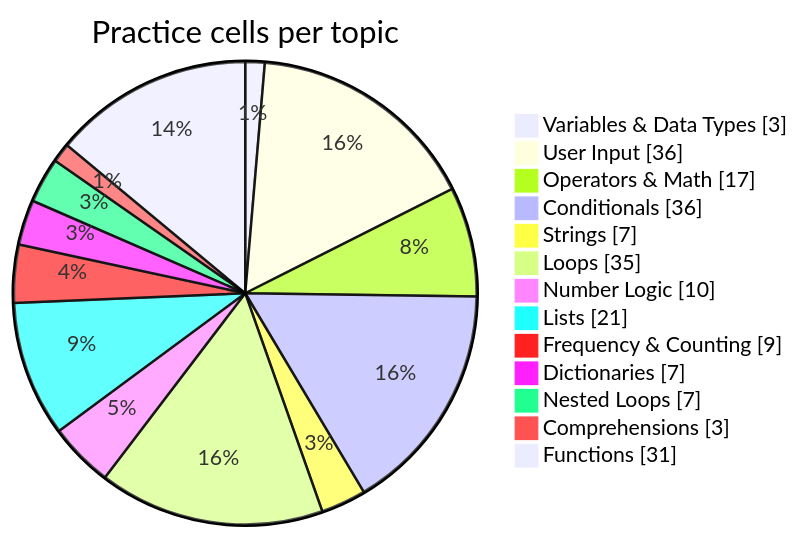
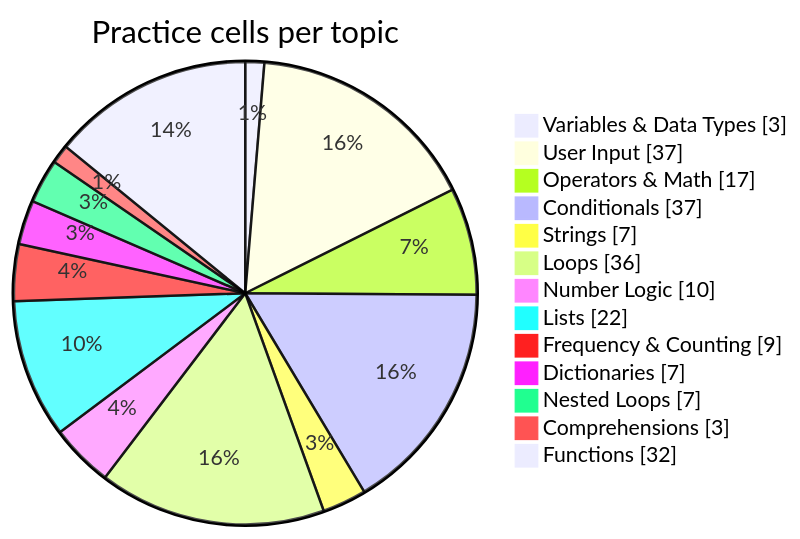
The diagram in README.md (Phantom2101/Python-Daily-Practice), drawn with Mermaid before and after one commit. The commit also changed other lines of this file, not shown here.

````diff
--- a/README.md
+++ b/README.md
@@ -60,16 +60,16 @@
 ```mermaid
 pie showData title Practice cells per topic
     "Variables & Data Types" : 3
-    "User Input" : 36
+    "User Input" : 37
     "Operators & Math" : 17
-    "Conditionals" : 36
+    "Conditionals" : 37
     "Strings" : 7
-    "Loops" : 35
+    "Loops" : 36
     "Number Logic" : 10
-    "Lists" : 21
+    "Lists" : 22
     "Frequency & Counting" : 9
     "Dictionaries" : 7
     "Nested Loops" : 7
     "Comprehensions" : 3
-    "Functions" : 31
+    "Functions" : 32
 ```
````
